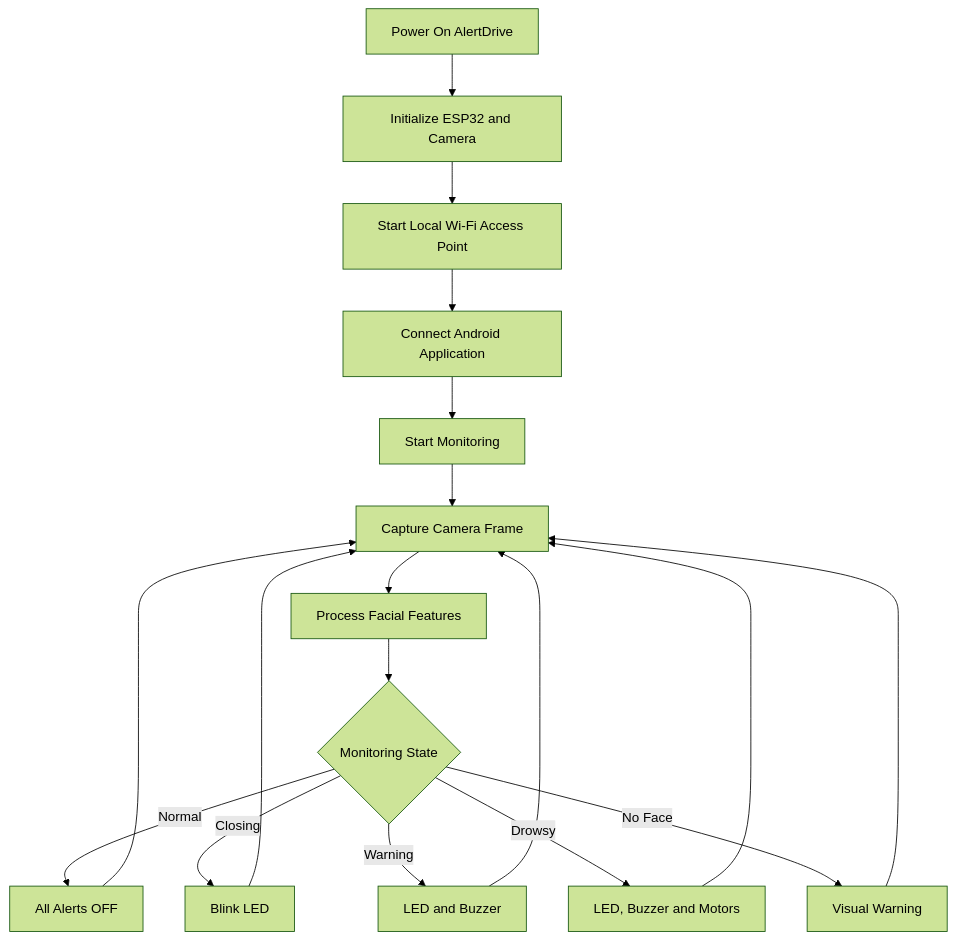
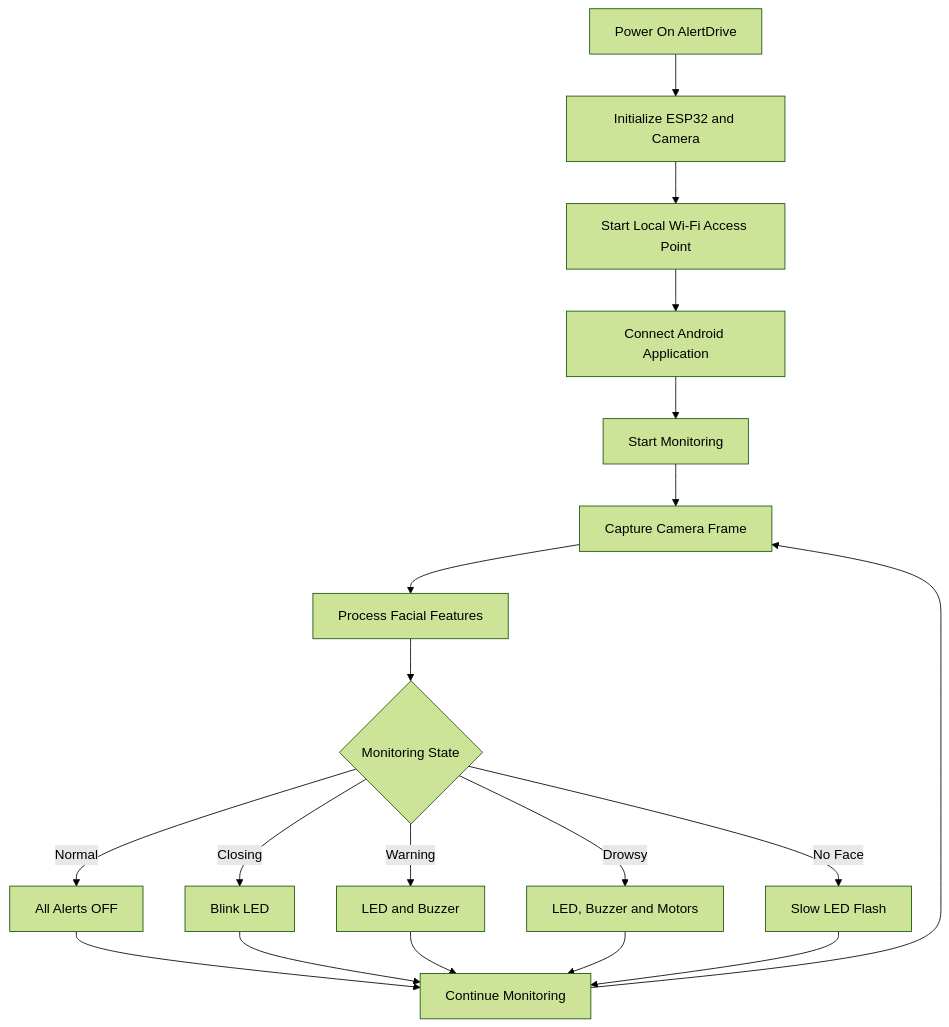
Before and after one commit to piyushhhr/AlertDrive: the second of 2 diagrams in README.md, drawn with Mermaid (forest theme). The commit also changed other lines of this file, not shown here.

````diff
--- a/README.md
+++ b/README.md
@@ -332,20 +352,21 @@
 ```mermaid
 flowchart TD
     A[Power On AlertDrive] --> B[Initialize ESP32 and Camera]
     B --> C[Start Local Wi-Fi Access Point]
     C --> D[Connect Android Application]
     D --> E[Start Monitoring]
     E --> F[Capture Camera Frame]
     F --> G[Process Facial Features]
     G --> H{Monitoring State}
     H -->|Normal| I[All Alerts OFF]
     H -->|Closing| J[Blink LED]
     H -->|Warning| K[LED and Buzzer]
     H -->|Drowsy| L[LED, Buzzer and Motors]
-    H -->|No Face| M[Visual Warning]
-    I --> F
-    J --> F
-    K --> F
-    L --> F
-    M --> F
+    H -->|No Face| M[Slow LED Flash]
+    I --> N[Continue Monitoring]
+    J --> N
+    K --> N
+    L --> N
+    M --> N
+    N --> F
 ```
````
